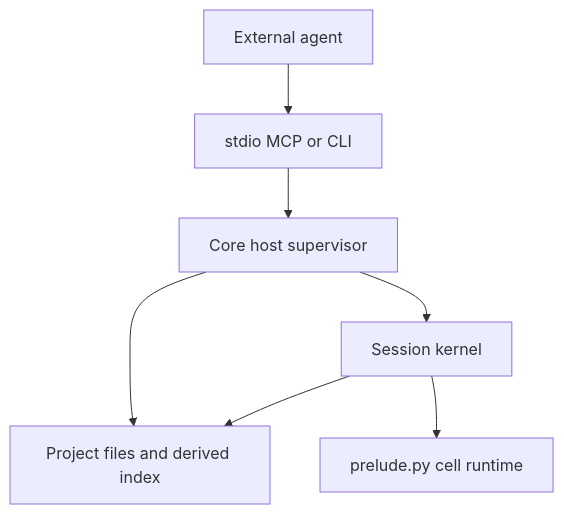
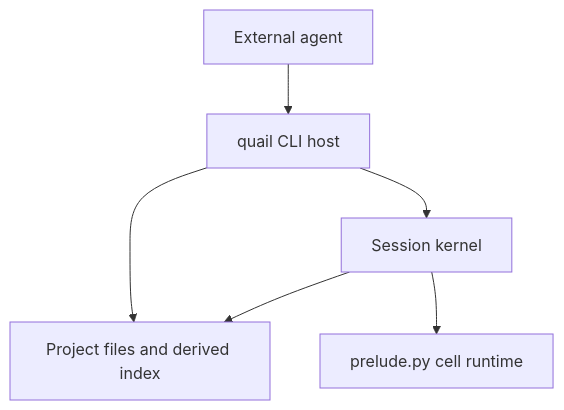
The diagram in IMPLEMENTATION_GUIDE.md (dcoyier/Quail), drawn with Mermaid before and after one commit. The commit also changed other lines of this file, not shown here.

Commit message:
Make Core CLI-only with persistent exec streams

````diff
--- a/IMPLEMENTATION_GUIDE.md
+++ b/IMPLEMENTATION_GUIDE.md
@@ -32,9 +38,8 @@
 ```mermaid
 flowchart TD
-    A["External agent"] --> B["stdio MCP or CLI"]
-    B --> C["Core host supervisor"]
-    C --> D["Project files and derived index"]
-    C --> E["Session kernel"]
-    E --> D
-    E --> F["prelude.py cell runtime"]
+    A["External agent"] --> B["quail CLI host"]
+    B --> C["Project files and derived index"]
+    B --> D["Session kernel"]
+    D --> C
+    D --> E["prelude.py cell runtime"]
 ```
````
